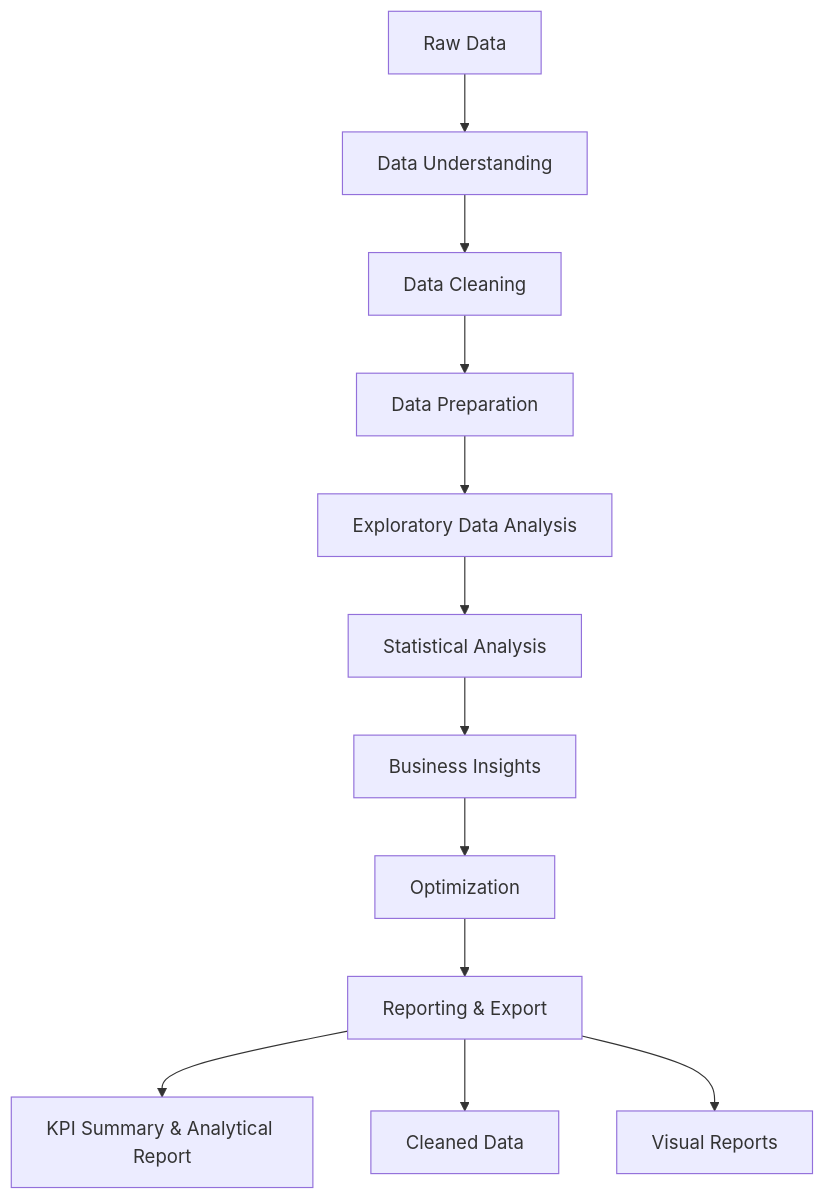
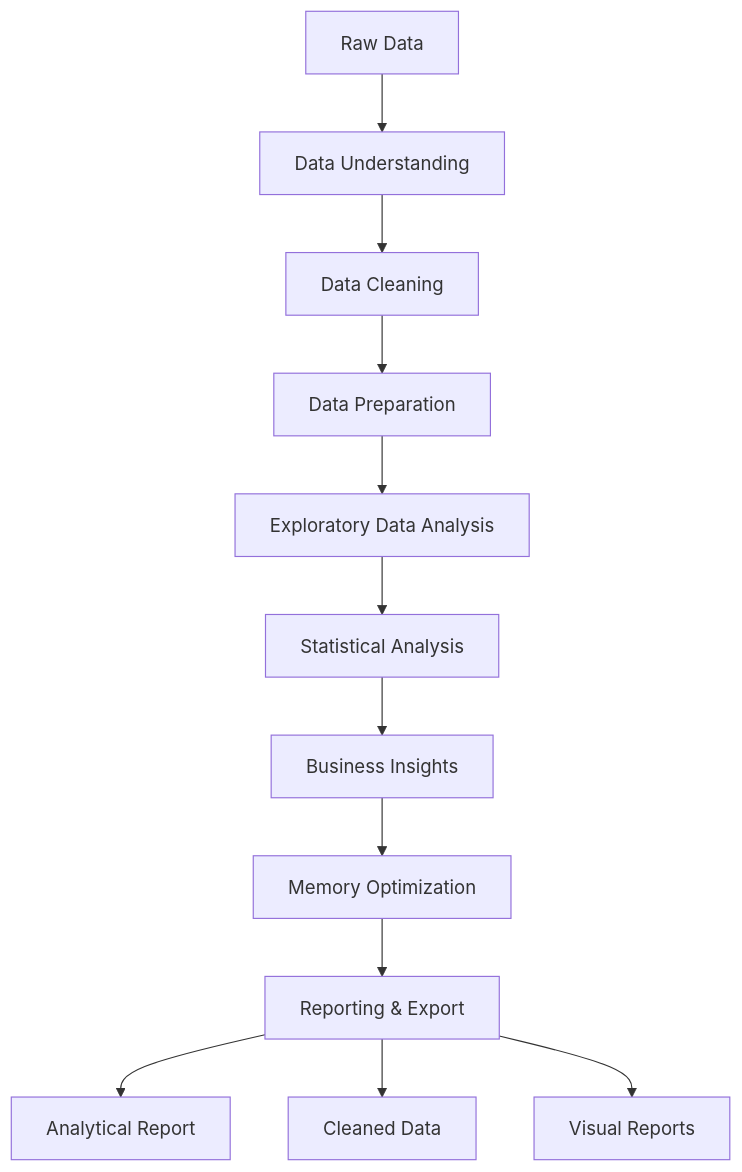
Before and after one commit to AbdulrhmanBI/Superstore2019_Analysis: the diagram in README.md, drawn with Mermaid.

````diff
--- a/README.md
+++ b/README.md
@@ -23,15 +23,15 @@
 ```mermaid
 flowchart TD
     A[Raw Data] --> B[Data Understanding]
     B --> C[Data Cleaning]
     C --> D[Data Preparation]
     D --> E[Exploratory Data Analysis]
     E --> F[Statistical Analysis]
     F --> G[Business Insights]
-    G --> H[Optimization]
+    G --> H[Memory Optimization]
     H --> I[Reporting & Export]
 
-    I --> J[KPI Summary & Analytical Report]
+    I --> J[Analytical Report]
     I --> K[Cleaned Data]
     I --> L[Visual Reports]
 ```
````
